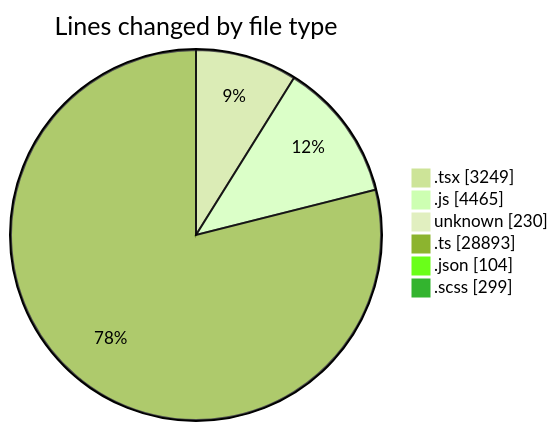
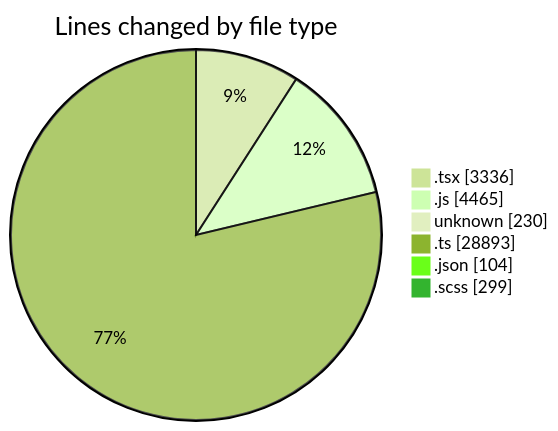
Before and after one commit to momahboobian/code-tracking: the first of 2 diagrams in 2026-05-06/cda/README.md, drawn with Mermaid (forest theme). The commit also changed other lines of this file and 1 other file, not shown here.

````diff
--- a/2026-05-06/cda/README.md
+++ b/2026-05-06/cda/README.md
@@ -80,10 +81,10 @@
 ```mermaid
 pie showData
 title Lines changed by file type
-".tsx" : 3249
+".tsx" : 3336
 ".js" : 4465
 "unknown" : 230
 ".ts" : 28893
 ".json" : 104
 ".scss" : 299
 ```
````
